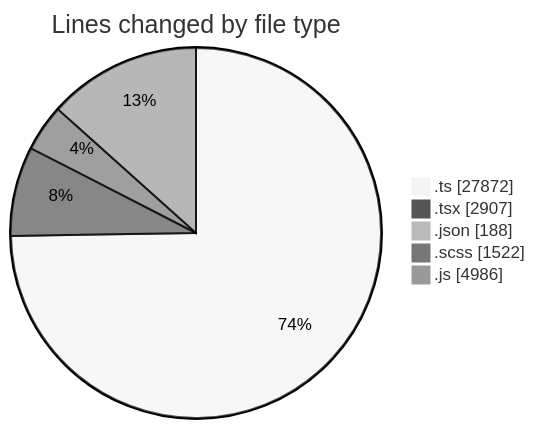
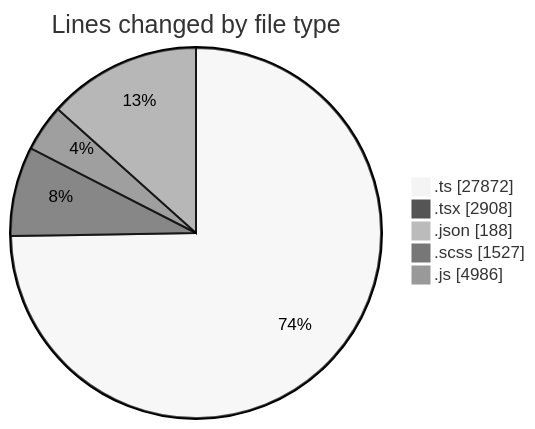
One commit to momahboobian/code-tracking changed the first of 2 diagrams in 2026-05-07/cda/README.md. Above: the diagram before and after it, drawn with Mermaid (neutral theme). The commit also changed other lines of this file and 1 other file, not shown here.

````diff
--- a/2026-05-07/cda/README.md
+++ b/2026-05-07/cda/README.md
@@ -53,9 +53,9 @@
 ```mermaid
 pie showData
 title Lines changed by file type
 ".ts" : 27872
-".tsx" : 2907
+".tsx" : 2908
 ".json" : 188
-".scss" : 1522
+".scss" : 1527
 ".js" : 4986
 ```
````
